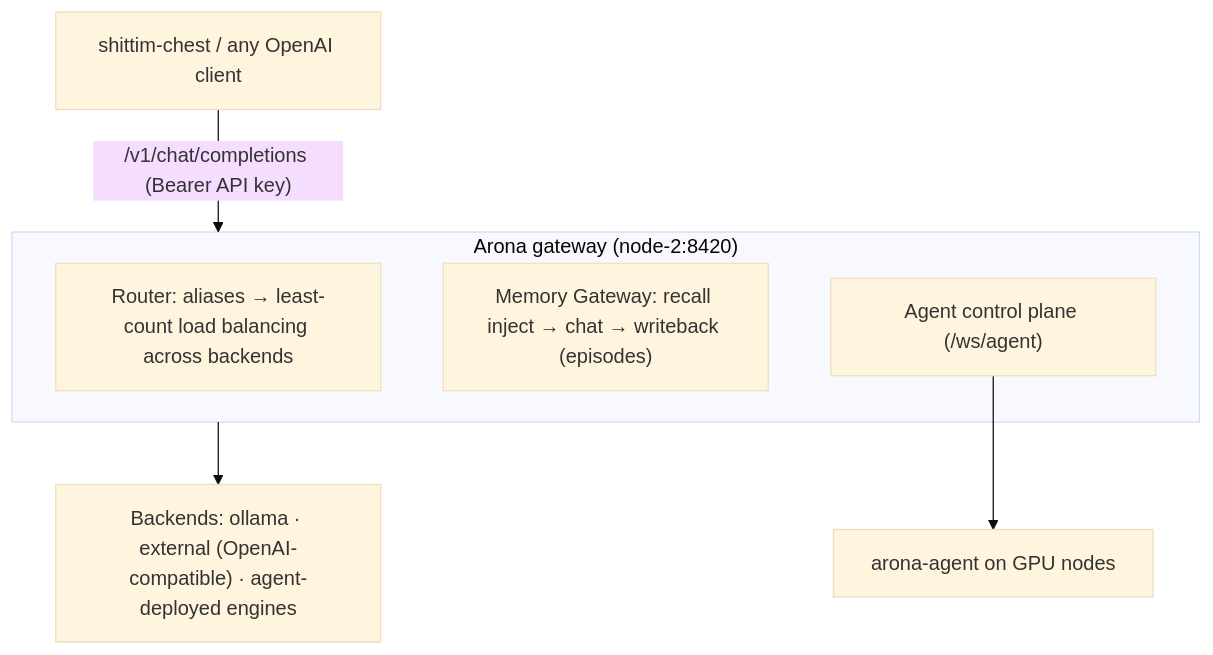
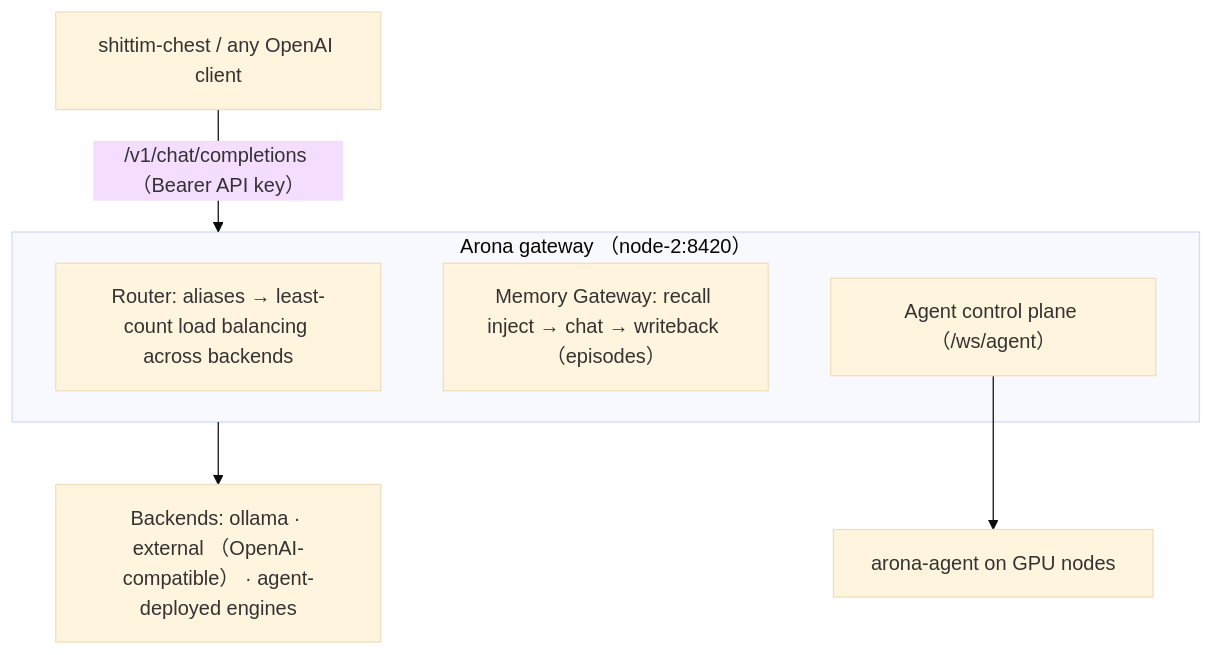
The diagram in docs/ar/platforms/arona.md (celestia-island/docs.celestia.world), drawn with Mermaid (base theme) before and after one commit. The commit also changed 35 other files, not shown here.

First line of the commit message:
📝 Convert ASCII parentheses in mermaid fences to fullwidth across languages. (#96)

````diff
--- a/docs/ar/platforms/arona.md
+++ b/docs/ar/platforms/arona.md
@@ -10,12 +10,12 @@
 ```mermaid
 flowchart TD
     C["shittim-chest / any OpenAI client"]
-    subgraph G["Arona gateway (node-2:8420)"]
+    subgraph G["Arona gateway （node-2:8420）"]
         N0["Router: aliases → least-count load balancing across backends"]
-        N1["Memory Gateway: recall inject → chat → writeback (episodes)"]
-        N2["Agent control plane (/ws/agent)"]
+        N1["Memory Gateway: recall inject → chat → writeback （episodes）"]
+        N2["Agent control plane （/ws/agent）"]
     end
-    C -->|"/v1/chat/completions (Bearer API key)"| G
+    C -->|"/v1/chat/completions （Bearer API key）"| G
     N2 --> T["arona-agent on GPU nodes"]
-    G --> B["Backends: ollama · external (OpenAI-compatible) · agent-deployed engines"]
+    G --> B["Backends: ollama · external （OpenAI-compatible） · agent-deployed engines"]
 ```
````
